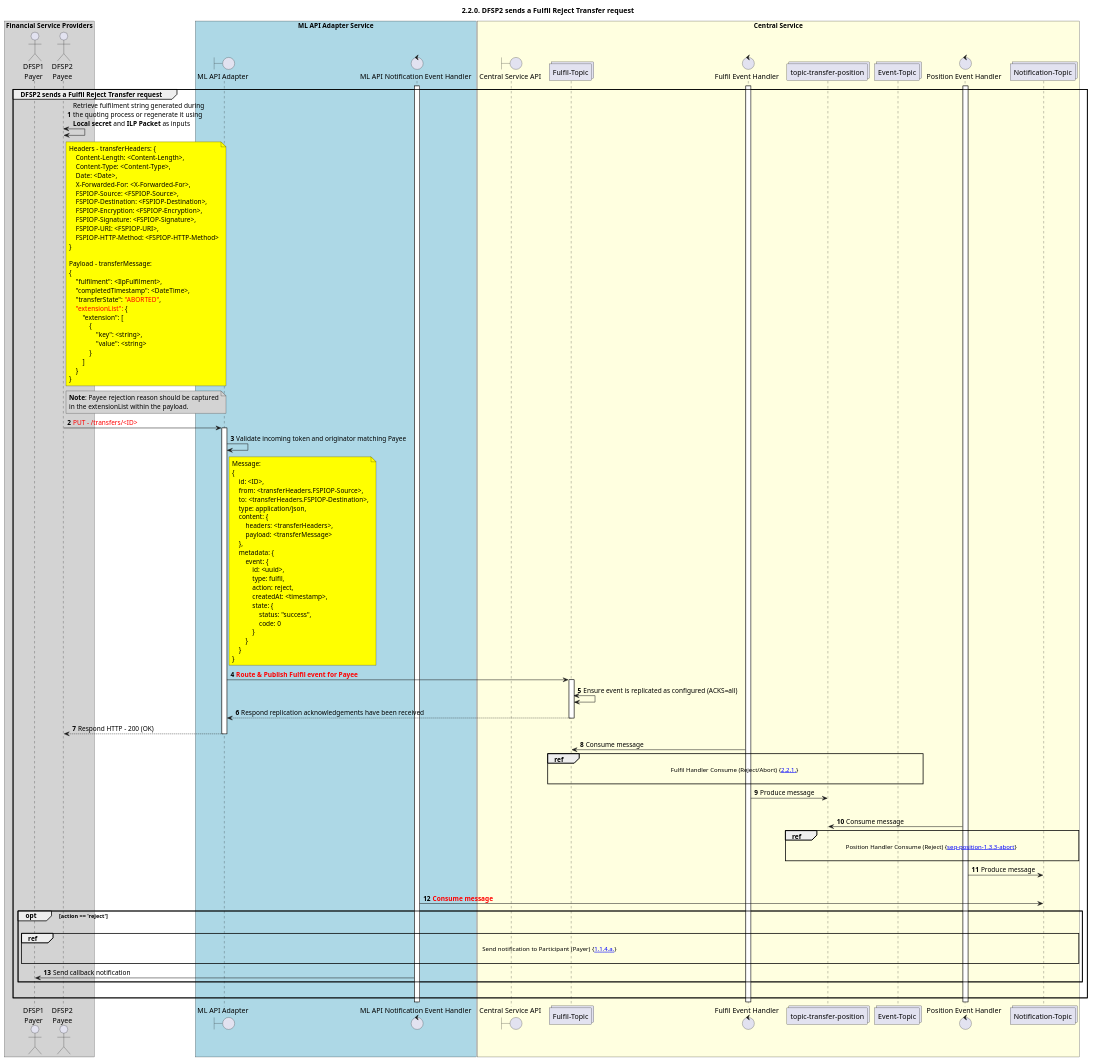
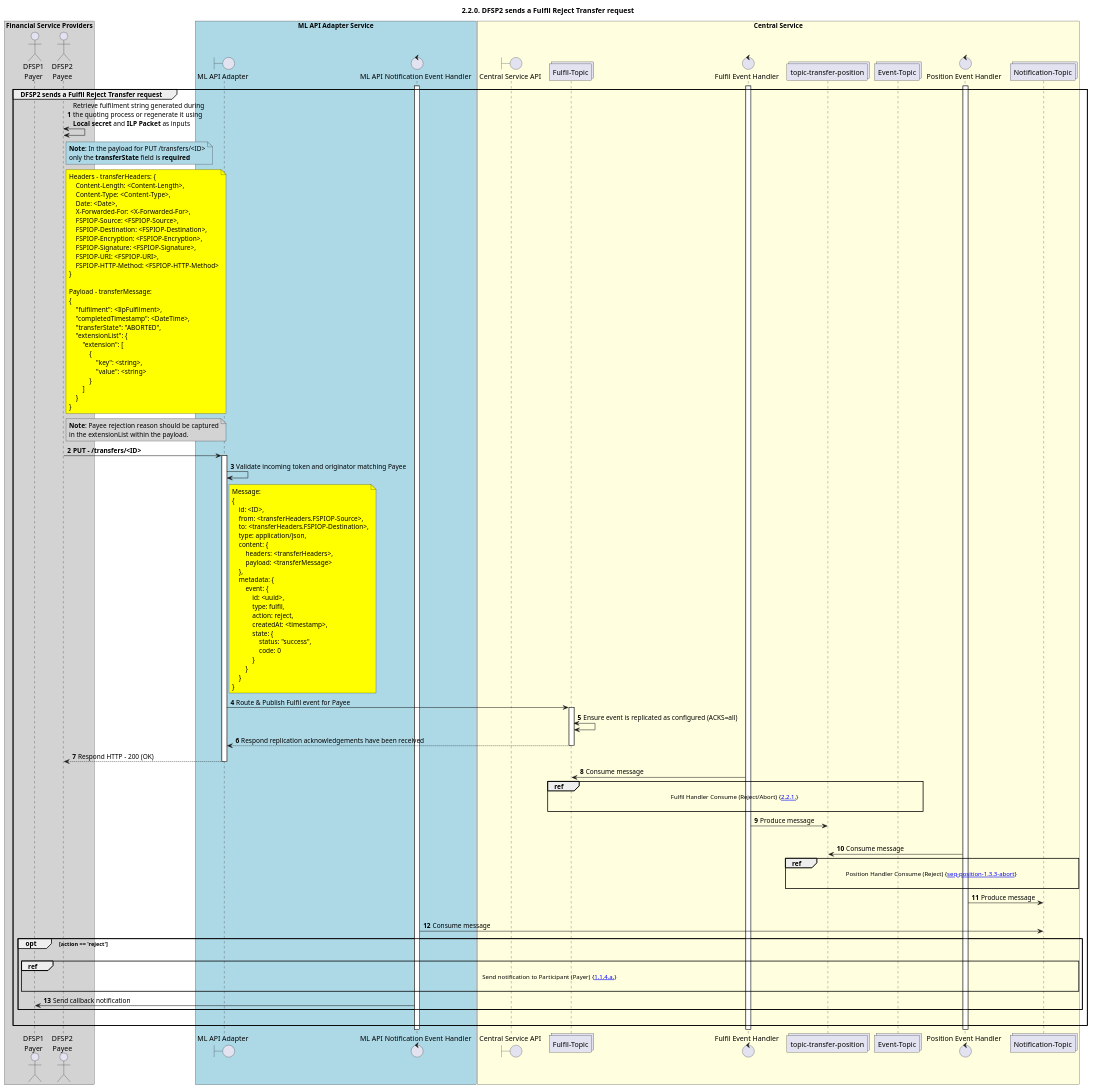
The diagram in Diagrams/SequenceDiagrams/seq-reject-2.2.0.plantuml (ggrg/docs), drawn with PlantUML before and after one commit. The commit also changed 3 other files, not shown here.

```diff
--- a/Diagrams/SequenceDiagrams/seq-reject-2.2.0.plantuml
+++ b/Diagrams/SequenceDiagrams/seq-reject-2.2.0.plantuml
@@ -26,141 +26,145 @@
 @startuml
 ' declate title
 title 2.2.0. DFSP2 sends a Fulfil Reject Transfer request
 
 autonumber
 
 ' Actor Keys:
 '   boundary - APIs/Interfaces, etc
 '   collections - Kafka Topics
 '   control - Kafka Consumers
 '   entity - Database Access Objects
 '   database - Database Persistance Store
 
 ' declare actors
 actor "DFSP1\nPayer" as DFSP1
 actor "DFSP2\nPayee" as DFSP2
 boundary "ML API Adapter" as MLAPI
 control "ML API Notification Event Handler" as NOTIFY_HANDLER
 boundary "Central Service API" as CSAPI
 collections "Fulfil-Topic" as TOPIC_FULFIL
 control "Fulfil Event Handler" as FULF_HANDLER
 collections "topic-transfer-position" as TOPIC_TRANSFER_POSITION
 control "Position Event Handler" as POS_HANDLER
 collections "Event-Topic" as TOPIC_EVENTS
 collections "Notification-Topic" as TOPIC_NOTIFICATIONS
 
 box "Financial Service Providers" #lightGray
 	participant DFSP1
 	participant DFSP2
 end box
 
 box "ML API Adapter Service" #LightBlue
 	participant MLAPI
 	participant NOTIFY_HANDLER
 end box
 
 box "Central Service" #LightYellow
     participant CSAPI
 	participant TOPIC_FULFIL
     participant FULF_HANDLER
     participant TOPIC_TRANSFER_POSITION
     participant TOPIC_EVENTS
     participant POS_HANDLER
     participant TOPIC_NOTIFICATIONS
 end box
 
 ' start flow
 activate NOTIFY_HANDLER
 activate FULF_HANDLER
 activate POS_HANDLER
 group DFSP2 sends a Fulfil Reject Transfer request
     DFSP2 <-> DFSP2: Retrieve fulfilment string generated during\nthe quoting process or regenerate it using\n**Local secret** and **ILP Packet** as inputs
+    note right of DFSP2 #lightblue
+        **Note**: In the payload for PUT /transfers/<ID>
+        only the **transferState** field is **required**
+    end note
     note right of DFSP2 #yellow
         Headers - transferHeaders: {
             Content-Length: <Content-Length>,
             Content-Type: <Content-Type>,
             Date: <Date>,
             X-Forwarded-For: <X-Forwarded-For>,
             FSPIOP-Source: <FSPIOP-Source>,
             FSPIOP-Destination: <FSPIOP-Destination>,
             FSPIOP-Encryption: <FSPIOP-Encryption>,
             FSPIOP-Signature: <FSPIOP-Signature>,
             FSPIOP-URI: <FSPIOP-URI>,
             FSPIOP-HTTP-Method: <FSPIOP-HTTP-Method>
         }
 
         Payload - transferMessage:
         {
             "fulfilment": <IlpFulfilment>,
             "completedTimestamp": <DateTime>,
-            "transferState": <color #FF0000>"ABORTED"</color>,
-            <color #FF0000>"extensionList":</color> {
+            "transferState": "ABORTED",
+            "extensionList": {
                 "extension": [
                     {
                         "key": <string>,
                         "value": <string>
                     }
                 ]
             }
         }
     end note
     note right of DFSP2 #lightgray
         **Note**: Payee rejection reason should be captured
         in the extensionList within the payload.
     end note
-    DFSP2 -> MLAPI: <color #FF0000>PUT - /transfers/<ID></color>
+    DFSP2 -> MLAPI: **PUT - /transfers/<ID>**
     
     activate MLAPI
     MLAPI -> MLAPI: Validate incoming token and originator matching Payee
     note right of MLAPI #yellow
         Message:
         {
             id: <ID>,
             from: <transferHeaders.FSPIOP-Source>,
             to: <transferHeaders.FSPIOP-Destination>,
             type: application/json,
             content: {
                 headers: <transferHeaders>,
                 payload: <transferMessage>
             },
             metadata: {
                 event: {
                     id: <uuid>,
                     type: fulfil,
                     action: reject,
                     createdAt: <timestamp>,
                     state: {
                         status: "success",
                         code: 0
                     }
                 }
             }
         }
     end note
-    MLAPI -> TOPIC_FULFIL: <color #FF0000>**Route & Publish Fulfil event for Payee**</color>
+    MLAPI -> TOPIC_FULFIL: Route & Publish Fulfil event for Payee
     activate TOPIC_FULFIL
     TOPIC_FULFIL <-> TOPIC_FULFIL: Ensure event is replicated as configured (ACKS=all)
     TOPIC_FULFIL --> MLAPI: Respond replication acknowledgements have been received
     deactivate TOPIC_FULFIL
     MLAPI --> DFSP2: Respond HTTP - 200 (OK)
     deactivate MLAPI
     TOPIC_FULFIL <- FULF_HANDLER: Consume message
     ref over TOPIC_FULFIL, TOPIC_EVENTS: Fulfil Handler Consume (Reject/Abort) {[[https://github.com/mojaloop/docs/blob/master/CentralServices/seq_diagrams/seq-reject-2.2.1.svg 2.2.1.]]} \n
     FULF_HANDLER -> TOPIC_TRANSFER_POSITION: Produce message
     |||
     TOPIC_TRANSFER_POSITION <- POS_HANDLER: Consume message
     ref over TOPIC_TRANSFER_POSITION, TOPIC_NOTIFICATIONS: Position Handler Consume (Reject) {[[https://github.com/mojaloop/docs/blob/master/CentralServices/seq_diagrams/seq-position-1.3.3-abort.svg seq-position-1.3.3-abort]]} \n
     POS_HANDLER -> TOPIC_NOTIFICATIONS: Produce message
     |||
-    TOPIC_NOTIFICATIONS <- NOTIFY_HANDLER: <color #FF0000>**Consume message**</color>
+    TOPIC_NOTIFICATIONS <- NOTIFY_HANDLER: Consume message
     opt action == 'reject'
         |||
         ref over DFSP1, TOPIC_NOTIFICATIONS: Send notification to Participant (Payer) {[[https://github.com/mojaloop/docs/blob/master/CentralServices/seq_diagrams/seq-prepare-1.1.4.a.svg 1.1.4.a.]]} \n
         NOTIFY_HANDLER -> DFSP1: Send callback notification
     end
     |||
 end
 activate POS_HANDLER
 activate FULF_HANDLER
 activate NOTIFY_HANDLER
 @enduml
```
